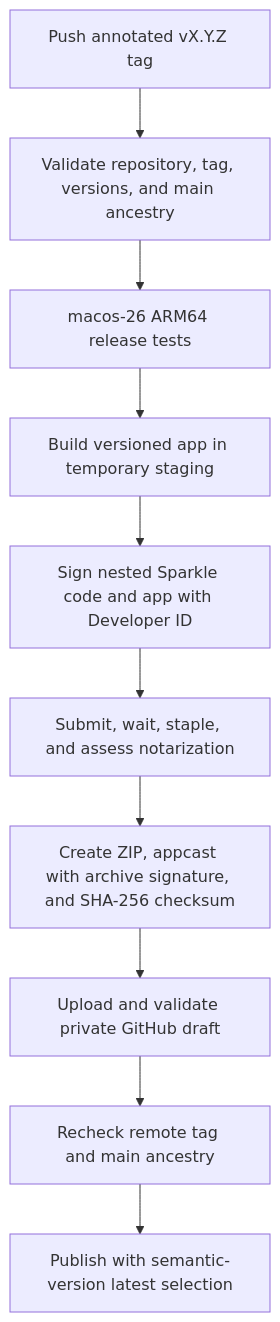
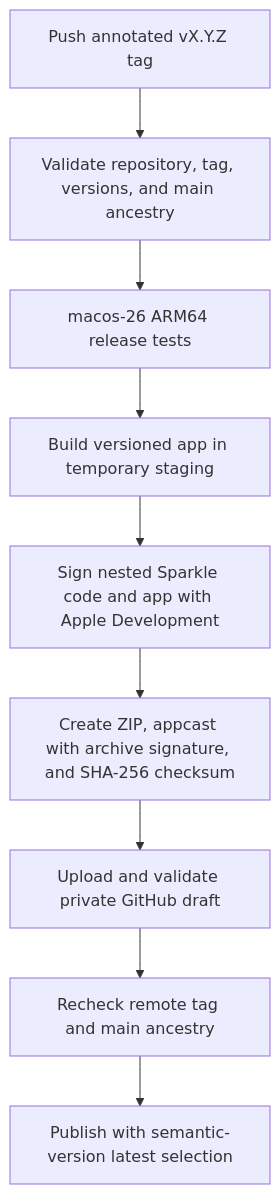
The second of 2 diagrams in openwiki/operations.md (acg-box/deskhelm), drawn with Mermaid before and after one commit. The commit also changed other lines of this file and 13 other files, not shown here.

Commit message:
{"schema":"decodex/commit/2","change":"Harden DeskHelm Personal Team releases and scope Sparkle signing to the repository","authority":"manual","impact":"compatible"}

````diff
--- a/openwiki/operations.md
+++ b/openwiki/operations.md
@@ -201,12 +200,11 @@
 ```mermaid
 flowchart TD
     Tag["Push annotated vX.Y.Z tag"] --> Source["Validate repository, tag, versions, and main ancestry"]
     Source --> Mac["macos-26 ARM64 release tests"]
     Mac --> Build["Build versioned app in temporary staging"]
-    Build --> Sign["Sign nested Sparkle code and app with Developer ID"]
-    Sign --> Notary["Submit, wait, staple, and assess notarization"]
-    Notary --> Assets["Create ZIP, appcast with archive signature, and SHA-256 checksum"]
+    Build --> Sign["Sign nested Sparkle code and app with Apple Development"]
+    Sign --> Assets["Create ZIP, appcast with archive signature, and SHA-256 checksum"]
     Assets --> Draft["Upload and validate private GitHub draft"]
     Draft --> Recheck["Recheck remote tag and main ancestry"]
     Recheck --> Publish["Publish with semantic-version latest selection"]
 ```
````
